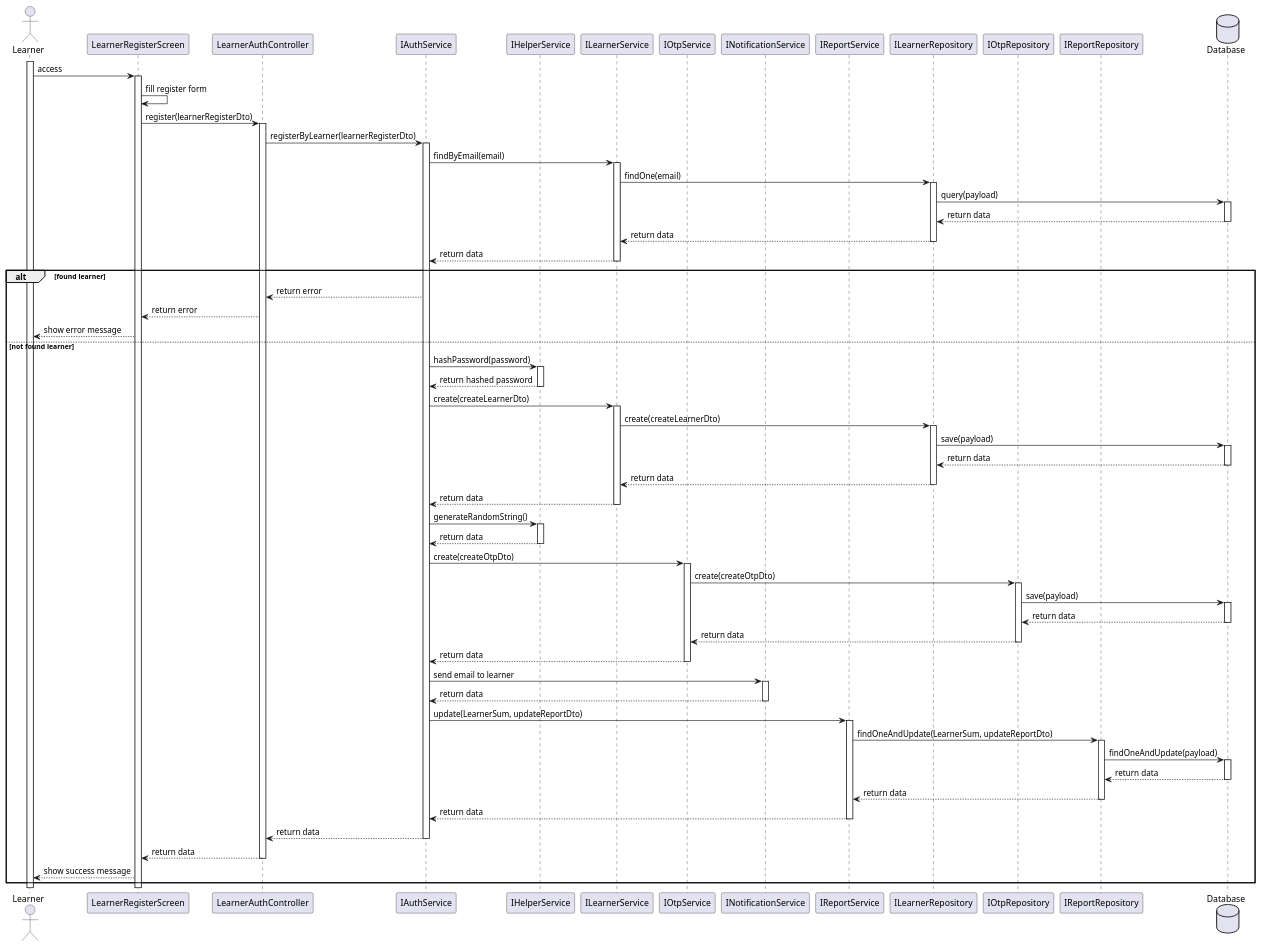
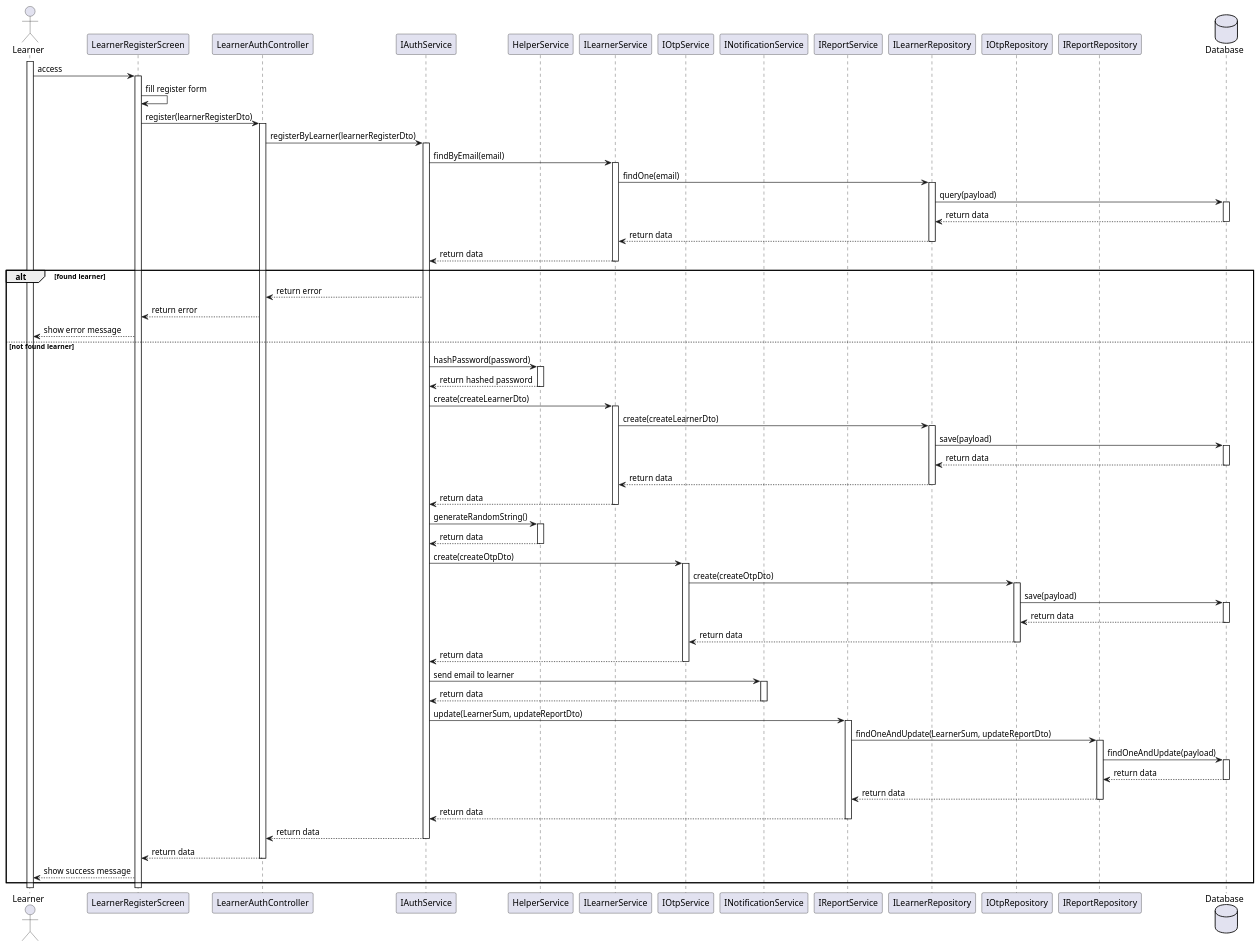
The diagram in .plantuml/sequence-diagram/Learner Register.plantuml (Deco-Team/orchidify-api), drawn with PlantUML before and after one commit. The commit also changed 8 other files, not shown here.

Commit message:
class diagram: attendance, auth, certificate, feedback, garden

```diff
--- a/.plantuml/sequence-diagram/Learner Register.plantuml
+++ b/.plantuml/sequence-diagram/Learner Register.plantuml
@@ -1,98 +1,98 @@
 @startuml
 
 actor Learner
 participant LearnerRegisterScreen
 participant LearnerAuthController
 participant IAuthService
-participant IHelperService
+participant HelperService
 participant ILearnerService
 participant IOtpService
 participant INotificationService
 participant IReportService
 participant ILearnerRepository
 participant IOtpRepository
 participant IReportRepository
 database Database
 
 
 activate Learner
 Learner -> LearnerRegisterScreen: access
 activate LearnerRegisterScreen
 LearnerRegisterScreen -> LearnerRegisterScreen: fill register form
 LearnerRegisterScreen -> LearnerAuthController: register(learnerRegisterDto)
 activate LearnerAuthController
 LearnerAuthController -> IAuthService: registerByLearner(learnerRegisterDto)
 activate IAuthService
 IAuthService -> ILearnerService: findByEmail(email)
 activate ILearnerService
 ILearnerService -> ILearnerRepository: findOne(email)
 activate ILearnerRepository
 ILearnerRepository -> Database: query(payload)
 activate Database
 Database --> ILearnerRepository: return data
 deactivate Database
 ILearnerRepository --> ILearnerService: return data
 deactivate ILearnerRepository
 ILearnerService --> IAuthService: return data
 deactivate ILearnerService
 alt found learner
     IAuthService --> LearnerAuthController: return error
     LearnerAuthController --> LearnerRegisterScreen: return error
     LearnerRegisterScreen --> Learner: show error message
 else not found learner
-    IAuthService -> IHelperService: hashPassword(password)
-    activate IHelperService
-    IHelperService --> IAuthService: return hashed password
-    deactivate IHelperService
+    IAuthService -> HelperService: hashPassword(password)
+    activate HelperService
+    HelperService --> IAuthService: return hashed password
+    deactivate HelperService
     IAuthService -> ILearnerService: create(createLearnerDto)
     activate ILearnerService
     ILearnerService -> ILearnerRepository: create(createLearnerDto)
     activate ILearnerRepository
     ILearnerRepository -> Database: save(payload)
     activate Database
     Database --> ILearnerRepository: return data
     deactivate Database
     ILearnerRepository --> ILearnerService: return data
     deactivate ILearnerRepository
     ILearnerService --> IAuthService: return data
     deactivate ILearnerService
-    IAuthService -> IHelperService: generateRandomString()
-    activate IHelperService
-    IHelperService --> IAuthService: return data
-    deactivate IHelperService
+    IAuthService -> HelperService: generateRandomString()
+    activate HelperService
+    HelperService --> IAuthService: return data
+    deactivate HelperService
     IAuthService -> IOtpService: create(createOtpDto)
     activate IOtpService
     IOtpService -> IOtpRepository: create(createOtpDto)
     activate IOtpRepository
     IOtpRepository -> Database: save(payload)
     activate Database
     Database --> IOtpRepository: return data
     deactivate Database
     IOtpRepository --> IOtpService: return data
     deactivate IOtpRepository
     IOtpService --> IAuthService: return data
     deactivate IOtpService
     IAuthService -> INotificationService: send email to learner
     activate INotificationService
     INotificationService --> IAuthService: return data
     deactivate INotificationService
     IAuthService -> IReportService: update(LearnerSum, updateReportDto)
     activate IReportService
     IReportService -> IReportRepository: findOneAndUpdate(LearnerSum, updateReportDto)
     activate IReportRepository
     IReportRepository -> Database: findOneAndUpdate(payload)
     activate Database
     Database --> IReportRepository: return data
     deactivate Database
     IReportRepository --> IReportService: return data
     deactivate IReportRepository
     IReportService --> IAuthService: return data
     deactivate IReportService
     IAuthService --> LearnerAuthController: return data
     deactivate IAuthService
     LearnerAuthController --> LearnerRegisterScreen: return data
     deactivate LearnerAuthController
     LearnerRegisterScreen --> Learner: show success message
 end
 
 @enduml
```
